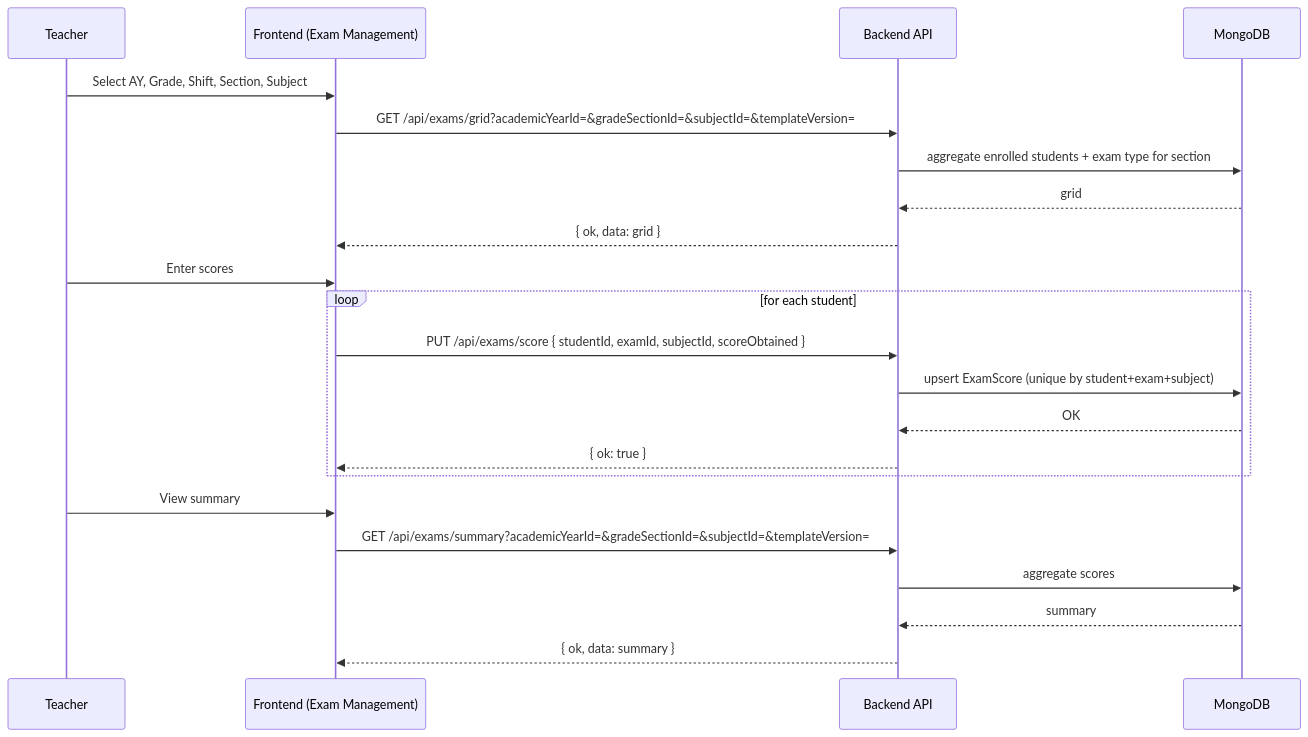
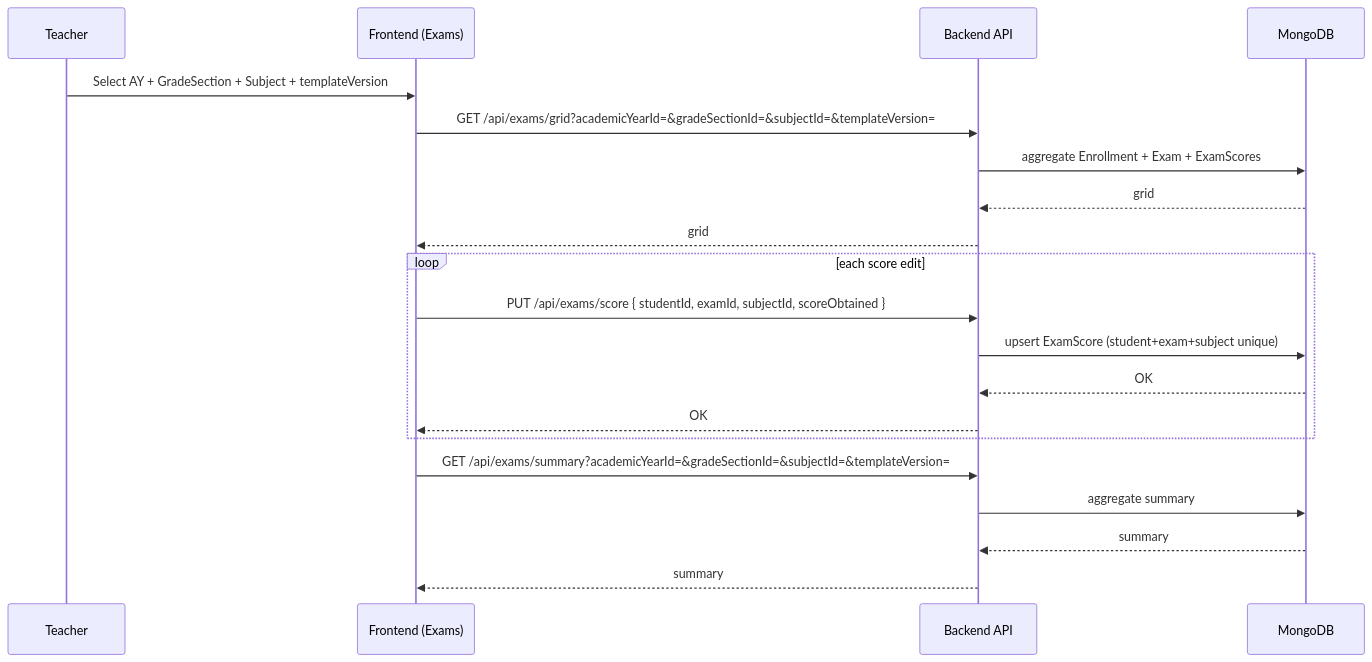
Diagram 12 of 14 in docs/DIAGRAMS.md (khays62/nuuru-al-bayaan), drawn with Mermaid before and after one commit. The commit also changed other lines of this file, not shown here.

Commit message:
docs: fix mermaid diagrams

````diff
--- a/docs/DIAGRAMS.md
+++ b/docs/DIAGRAMS.md
@@ -197,27 +667,25 @@
 ```mermaid
 sequenceDiagram
   participant U as Teacher
-  participant FE as Frontend (Exam Management)
+  participant FE as Frontend (Exams)
   participant API as Backend API
   participant DB as MongoDB
 
-  U->>FE: Select AY, Grade, Shift, Section, Subject
+  U->>FE: Select AY + GradeSection + Subject + templateVersion
   FE->>API: GET /api/exams/grid?academicYearId=&gradeSectionId=&subjectId=&templateVersion=
-  API->>DB: aggregate enrolled students + exam type for section
+  API->>DB: aggregate Enrollment + Exam + ExamScores
   DB-->>API: grid
-  API-->>FE: { ok, data: grid }
+  API-->>FE: grid
 
-  U->>FE: Enter scores
-  loop for each student
+  loop each score edit
     FE->>API: PUT /api/exams/score { studentId, examId, subjectId, scoreObtained }
-    API->>DB: upsert ExamScore (unique by student+exam+subject)
+    API->>DB: upsert ExamScore (student+exam+subject unique)
     DB-->>API: OK
-    API-->>FE: { ok: true }
+    API-->>FE: OK
   end
 
-  U->>FE: View summary
   FE->>API: GET /api/exams/summary?academicYearId=&gradeSectionId=&subjectId=&templateVersion=
-  API->>DB: aggregate scores
+  API->>DB: aggregate summary
   DB-->>API: summary
-  API-->>FE: { ok, data: summary }
+  API-->>FE: summary
 ```
````
